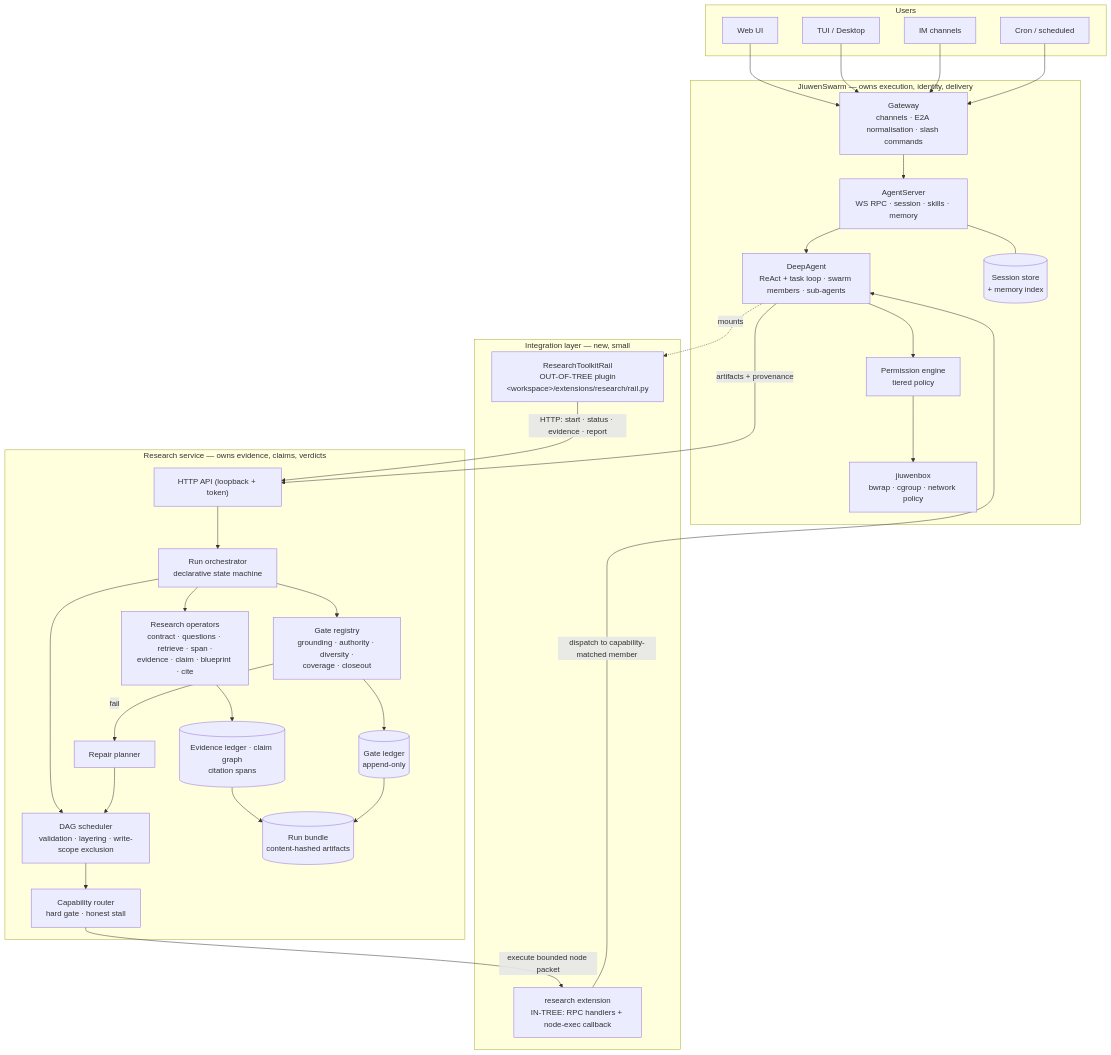
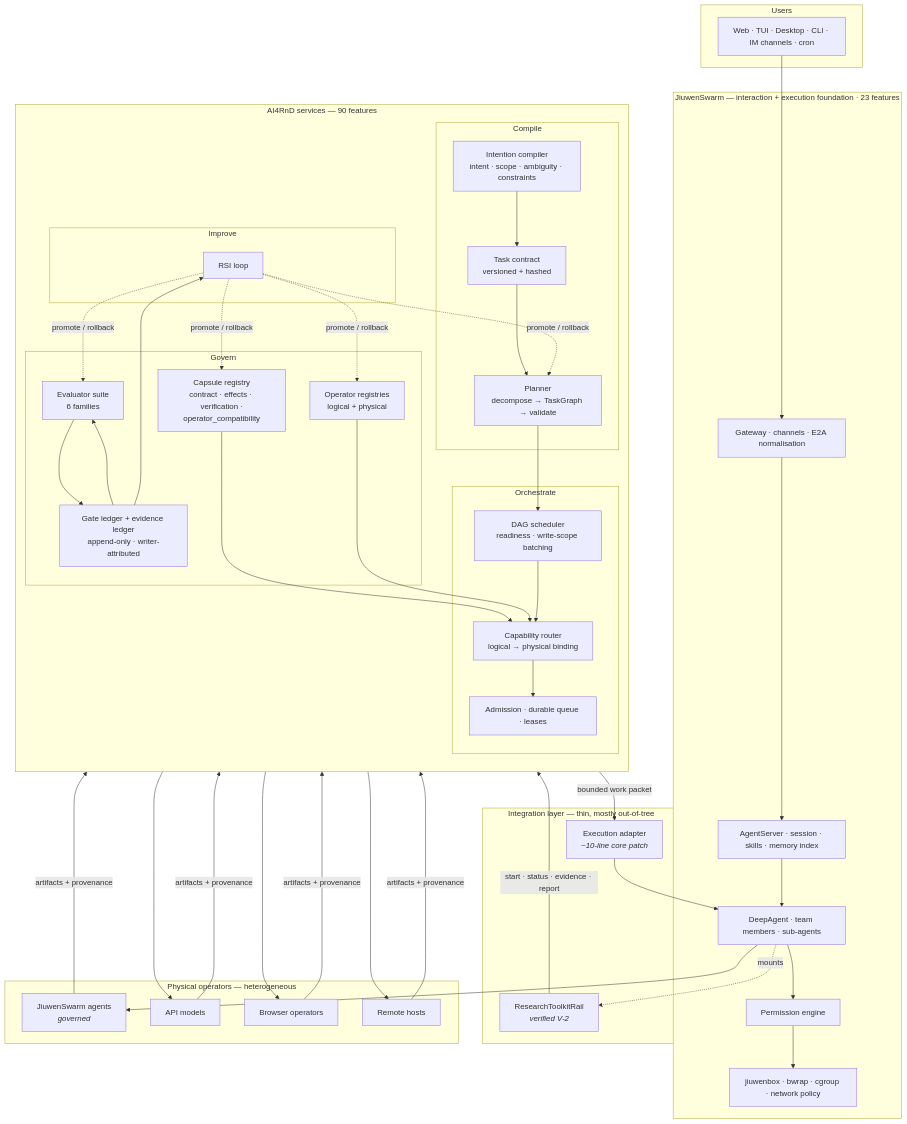
One commit to suraj-subrahmanyan/jiuwenswarm changed the first of 4 diagrams in docs/analysis/ai4rnd-jiuwenswarm/08-recommended-architecture.md. Above: the diagram before and after it, drawn with Mermaid. The commit also changed other lines of this file and 17 other files, not shown here.

````diff
--- a/docs/analysis/ai4rnd-jiuwenswarm/08-recommended-architecture.md
+++ b/docs/analysis/ai4rnd-jiuwenswarm/08-recommended-architecture.md
@@ -10,51 +13,69 @@
 ```mermaid
 flowchart TB
-    subgraph USERS["Users"]
-        U1["Web UI"]
-        U2["TUI / Desktop"]
-        U3["IM channels"]
-        U4["Cron / scheduled"]
+    subgraph U["Users"]
+        UI["Web · TUI · Desktop · CLI · IM channels · cron"]
     end
 
-    subgraph JW["JiuwenSwarm — owns execution, identity, delivery"]
-        GW["Gateway<br/>channels · E2A normalisation · slash commands"]
-        AS["AgentServer<br/>WS RPC · session · skills · memory"]
-        DA["DeepAgent<br/>ReAct + task loop · swarm members · sub-agents"]
-        PERM["Permission engine<br/>tiered policy"]
-        SBX["jiuwenbox<br/>bwrap · cgroup · network policy"]
-        SESS[("Session store<br/>+ memory index")]
+    subgraph JW["JiuwenSwarm — interaction + execution foundation · 23 features"]
+        GW["Gateway · channels · E2A normalisation"]
+        AS["AgentServer · session · skills · memory index"]
+        DA["DeepAgent · team members · sub-agents"]
+        PERM["Permission engine"]
+        SBX["jiuwenbox · bwrap · cgroup · network policy"]
     end
 
-    subgraph GLUE["Integration layer — new, small"]
-        RAIL["ResearchToolkitRail<br/>OUT-OF-TREE plugin<br/>&lt;workspace&gt;/extensions/research/rail.py"]
-        EXT["research extension<br/>IN-TREE: RPC handlers + node-exec callback"]
+    subgraph GL["Integration layer — thin, mostly out-of-tree"]
+        RAIL["ResearchToolkitRail<br/><i>verified V-2</i>"]
+        ADPT["Execution adapter<br/><i>~10-line core patch</i>"]
     end
 
-    subgraph SVC["Research service — owns evidence, claims, verdicts"]
-        API["HTTP API (loopback + token)"]
-        RUN["Run orchestrator<br/>declarative state machine"]
-        ROUTER["Capability router<br/>hard gate · honest stall"]
-        DAG["DAG scheduler<br/>validation · layering · write-scope exclusion"]
-        OPS["Research operators<br/>contract · questions · retrieve · span ·<br/>evidence · claim · blueprint · cite"]
-        GATES["Gate registry<br/>grounding · authority · diversity ·<br/>coverage · closeout"]
-        REPAIR["Repair planner"]
-        GL[("Gate ledger<br/>append-only")]
-        EL[("Evidence ledger · claim graph<br/>citation spans")]
-        BUNDLE[("Run bundle<br/>content-hashed artifacts")]
+    subgraph AI["AI4RnD services — 90 features"]
+        direction TB
+        subgraph FRONT["Compile"]
+            INT["Intention compiler<br/>intent · scope · ambiguity · constraints"]
+            CON["Task contract<br/>versioned + hashed"]
+            PLAN["Planner<br/>decompose → TaskGraph → validate"]
+        end
+        subgraph EXECP["Orchestrate"]
+            SCHED["DAG scheduler<br/>readiness · write-scope batching"]
+            ROUTE["Capability router<br/>logical → physical binding"]
+            ADMIT["Admission · durable queue · leases"]
+        end
+        subgraph GOV["Govern"]
+            CAPS["Capsule registry<br/>contract · effects · verification ·<br/>operator_compatibility"]
+            OPS["Operator registries<br/>logical + physical"]
+            EVAL["Evaluator suite<br/>6 families"]
+            LED["Gate ledger + evidence ledger<br/>append-only · writer-attributed"]
+        end
+        subgraph LEARN["Improve"]
+            RSI["RSI loop"]
+        end
     end
 
-    U1 & U2 & U3 & U4 --> GW --> AS --> DA
+    subgraph FLEET["Physical operators — heterogeneous"]
+        JWA["JiuwenSwarm agents<br/><i>governed</i>"]
+        API["API models"]
+        BROW["Browser operators"]
+        HOST["Remote hosts"]
+    end
+
+    UI --> GW --> AS --> DA
     DA -.mounts.-> RAIL
     DA --> PERM --> SBX
-    AS --- SESS
-    RAIL -->|"HTTP: start · status · evidence · report"| API
-    API --> RUN --> DAG --> ROUTER
-    ROUTER -->|"execute bounded node packet"| EXT
-    EXT -->|"dispatch to capability-matched member"| DA
-    DA -->|"artifacts + provenance"| API
-    RUN --> OPS --> EL
-    RUN --> GATES --> GL
-    GATES -->|fail| REPAIR --> DAG
-    EL --> BUNDLE
-    GL --> BUNDLE
+    RAIL -->|"start · status · evidence · report"| INT
+    INT --> CON --> PLAN --> SCHED
+    CAPS --> ROUTE
+    OPS --> ROUTE
+    SCHED --> ROUTE --> ADMIT
+    ADMIT -->|"bounded work packet"| ADPT
+    ADPT --> DA
+    DA --> JWA
+    ADMIT --> API & BROW & HOST
+    JWA & API & BROW & HOST -->|"artifacts + provenance"| LED
+    LED --> EVAL --> LED
+    LED --> RSI
+    RSI -.->|"promote / rollback"| CAPS
+    RSI -.->|"promote / rollback"| OPS
+    RSI -.->|"promote / rollback"| PLAN
+    RSI -.->|"promote / rollback"| EVAL
 ```
````
